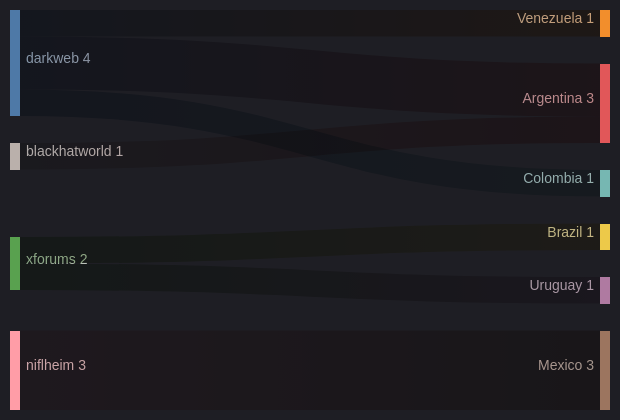
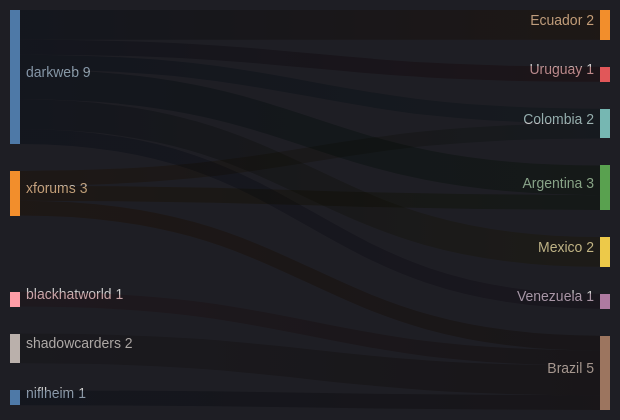
One commit to ZoqueLabs/website changed the fourth of 5 diagrams in exfiltradaz.md. Above: the diagram before and after it, drawn with Mermaid. The commit also changed other lines of this file, not shown here.

````diff
--- a/exfiltradaz.md
+++ b/exfiltradaz.md
@@ -91,14 +97,19 @@
 ```mermaid
 ---
 config:
   theme: dark
 ---
 sankey-beta
+  darkweb,Ecuador,2
+  darkweb,Uruguay,1
+  darkweb,Colombia,1
+  darkweb,Argentina,2
+  darkweb,Mexico,2
   darkweb,Venezuela,1
-  darkweb,Argentina,2
-  darkweb,Colombia,1
+  blackhatworld,Brazil,1
+  shadowcarders,Brazil,2
+  niflheim,Brazil,1
+  xforums,Colombia,1
   xforums,Brazil,1
-  xforums,Uruguay,1
-  niflheim,Mexico,3
-  blackhatworld,Argentina,1
+  xforums,Argentina,1
 ```
````
